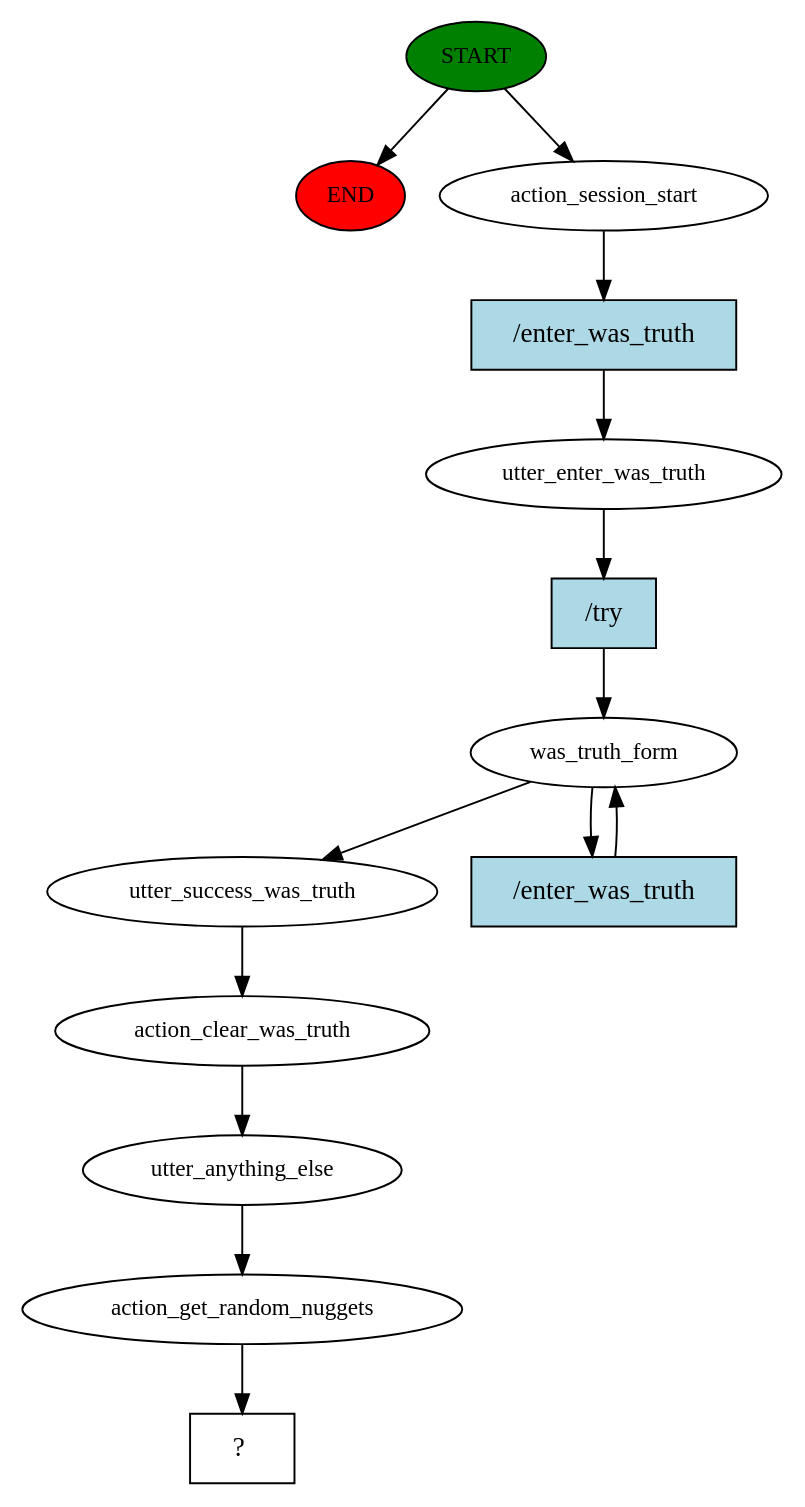
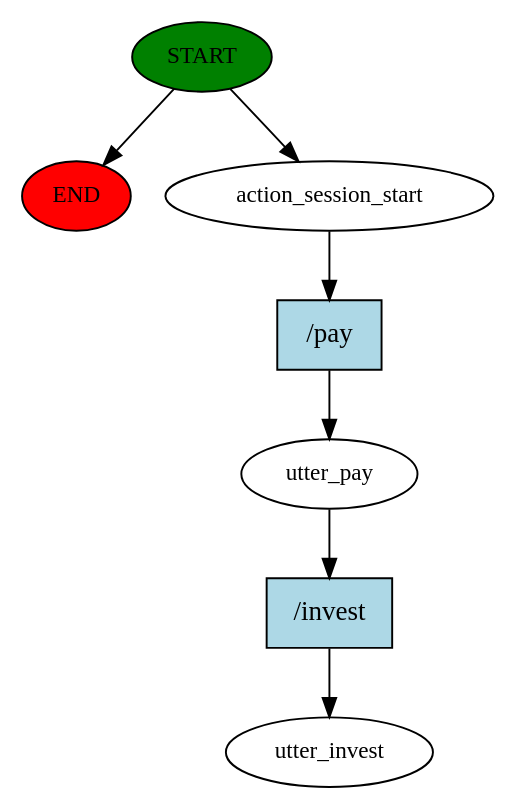
One commit to se-labor/alfa-bot-chatbots changed the diagram in story_graph.dot. Above: the diagram before and after it, drawn with Graphviz. The commit also changed 13 other files, not shown here.

```diff
--- a/story_graph.dot
+++ b/story_graph.dot
@@ -1,28 +1,15 @@
 digraph  {
 0 [class="start active", fillcolor=green, fontsize=12, label=START, style=filled];
 "-1" [class=end, fillcolor=red, fontsize=12, label=END, style=filled];
 1 [class=active, fontsize=12, label=action_session_start];
-2 [class=active, fontsize=12, label=utter_enter_was_truth];
-3 [class=active, fontsize=12, label=was_truth_form];
-7 [class=active, fontsize=12, label=utter_success_was_truth];
-8 [class=active, fontsize=12, label=action_clear_was_truth];
-9 [class=active, fontsize=12, label=utter_anything_else];
-10 [class=active, fontsize=12, label=action_get_random_nuggets];
-11 [class="intent dashed active", label="  ?  ", shape=rect];
-12 [class="intent active", fillcolor=lightblue, label="/enter_was_truth", shape=rect, style=filled];
-13 [class="intent active", fillcolor=lightblue, label="/try", shape=rect, style=filled];
-14 [class="intent active", fillcolor=lightblue, label="/enter_was_truth", shape=rect, style=filled];
+2 [class=active, fontsize=12, label=utter_pay];
+3 [class="dashed active", fontsize=12, label=utter_invest];
+4 [class="intent active", fillcolor=lightblue, label="/pay", shape=rect, style=filled];
+5 [class="intent active", fillcolor=lightblue, label="/invest", shape=rect, style=filled];
 0 -> "-1"  [class="", key=NONE, label=""];
 0 -> 1  [class=active, key=NONE, label=""];
-1 -> 12  [class=active, key=0];
-2 -> 13  [class=active, key=0];
-3 -> 7  [class=active, key=NONE, label=""];
-3 -> 14  [class=active, key=0];
-7 -> 8  [class=active, key=NONE, label=""];
-8 -> 9  [class=active, key=NONE, label=""];
-9 -> 10  [class=active, key=NONE, label=""];
-10 -> 11  [class=active, key=NONE, label=""];
-12 -> 2  [class=active, key=0];
-13 -> 3  [class=active, key=0];
-14 -> 3  [class=active, key=0];
+1 -> 4  [class=active, key=0];
+2 -> 5  [class=active, key=0];
+4 -> 2  [class=active, key=0];
+5 -> 3  [class=active, key=0];
 }
```
